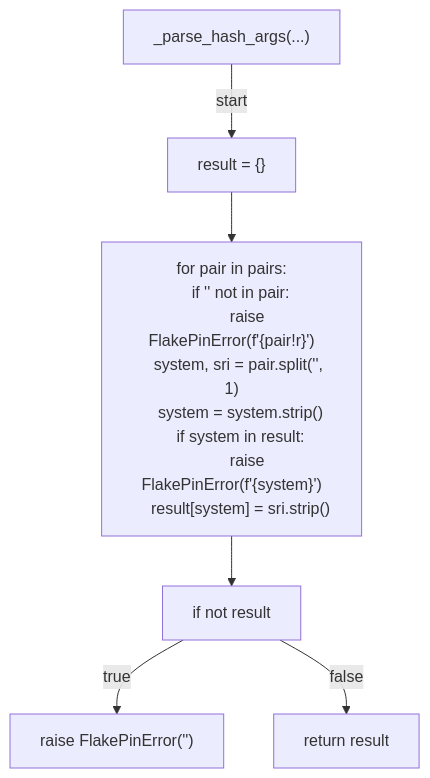
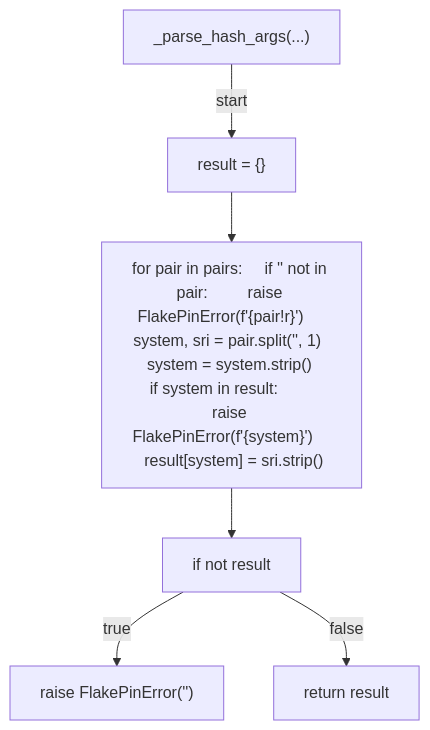
Before and after one commit to tvna/claude-md: diagram 14 of 20 in docs/generated/scripts/ast/flake_pin.md, drawn with Mermaid. The commit also changed other lines of this file and 30 other files, not shown here.

First line of the commit message:
docs(generated): regenerate decision tree and workflow diagrams (batch 2/5)

````diff
--- a/docs/generated/scripts/ast/flake_pin.md
+++ b/docs/generated/scripts/ast/flake_pin.md
@@ -253,21 +244,14 @@
 ```mermaid
 flowchart TD
     N001["_parse_hash_args(...)"]
     N002["result = {}"]
-    N003["for pair in pairs:
-    if '<str>' not in pair:
-        raise FlakePinError(f'<str>{pair!r}')
-    system, sri = pair.split('<str>', 1)
-    system = system.strip()
-    if system in result:
-        raise FlakePinError(f'<str>{system}<str>')
-    result[system] = sri.strip()"]
+    N003["for pair in pairs:     if '<str>' not in pair:         raise FlakePinError(f'<str>{pair!r}')     system, sri = pair.split('<str>', 1)     system = system.strip()     if system in result:         raise FlakePinError(f'<str>{system}<str>')     result[system] = sri.strip()"]
     N004["if not result"]
     N005["raise FlakePinError('<str>')"]
     N006["return result"]
     N001 -->|"start"| N002
     N002 --> N003
     N003 --> N004
     N004 -->|"true"| N005
     N004 -->|"false"| N006
 ```
````
